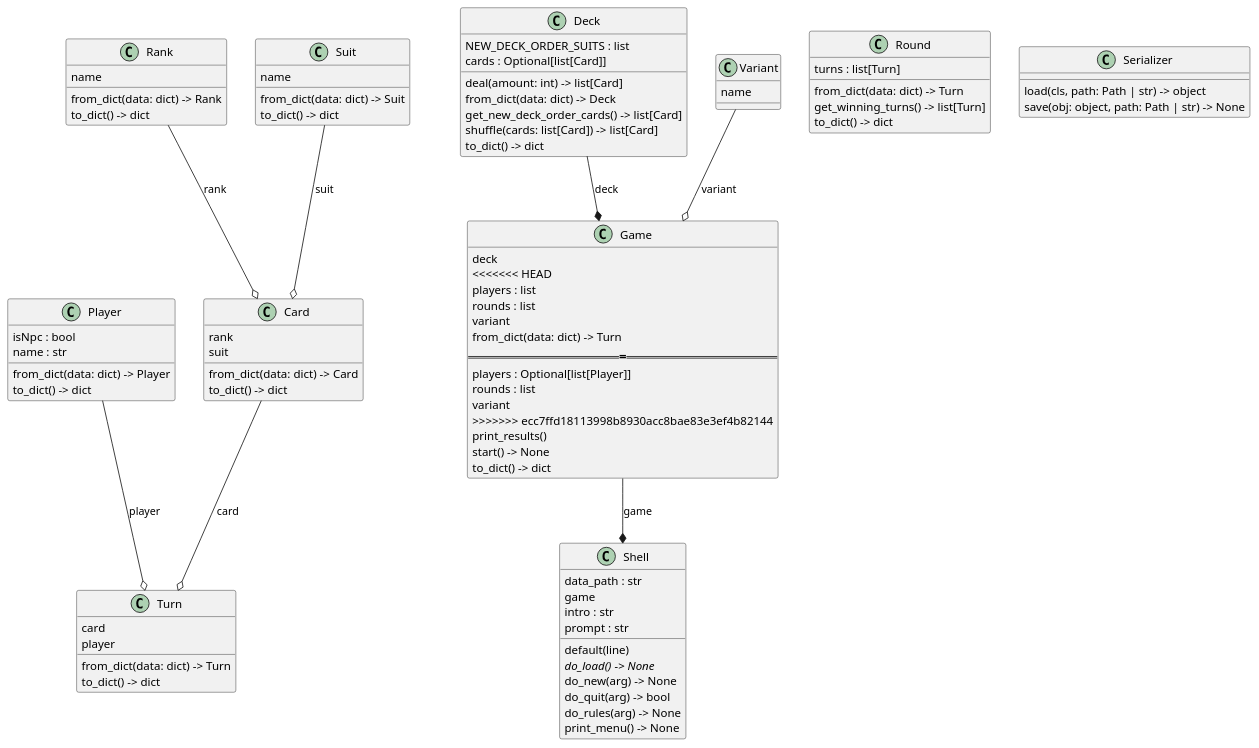
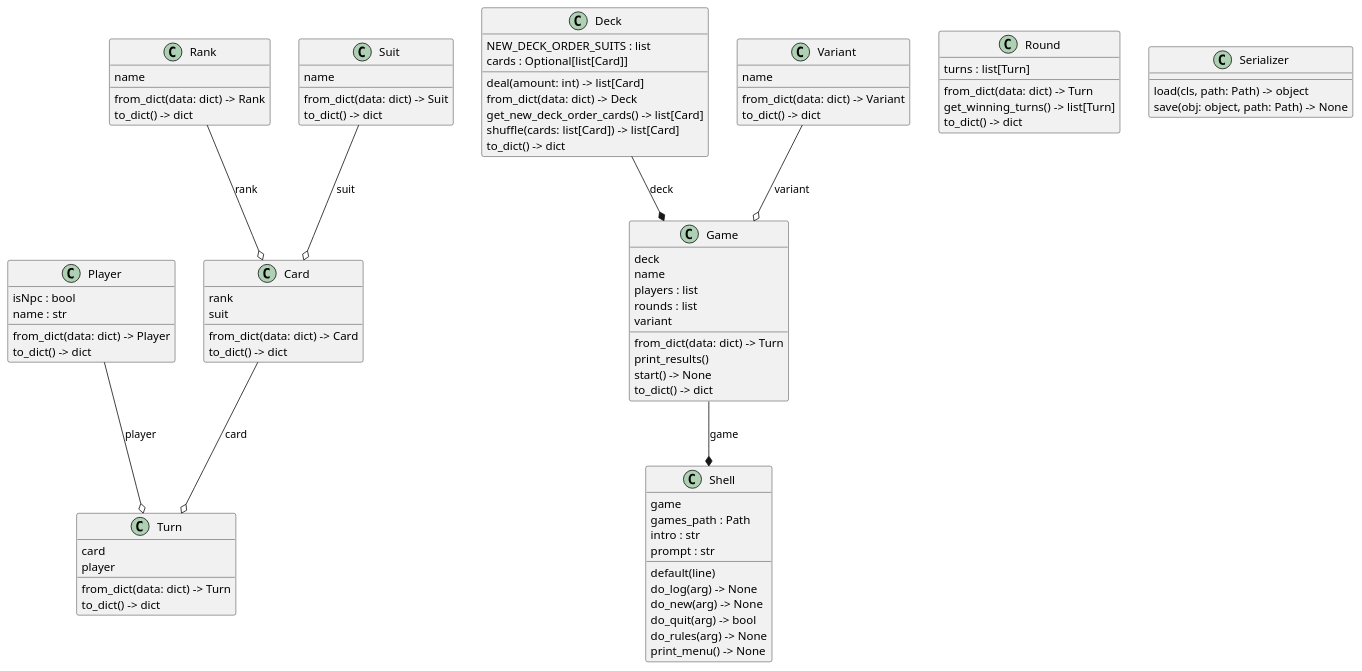
The diagram in docs/uml/plantuml/classes_war.plantuml (b3h3m0th/war), drawn with PlantUML before and after one commit. The commit also changed 13 other files, not shown here.

```diff
--- a/docs/uml/plantuml/classes_war.plantuml
+++ b/docs/uml/plantuml/classes_war.plantuml
@@ -1,88 +1,85 @@
 @startuml classes_war
 set namespaceSeparator none
 class "Card" as models.card.Card {
   rank
   suit
   from_dict(data: dict) -> Card
   to_dict() -> dict
 }
 class "Deck" as models.deck.Deck {
   NEW_DECK_ORDER_SUITS : list
   cards : Optional[list[Card]]
   deal(amount: int) -> list[Card]
   from_dict(data: dict) -> Deck
   get_new_deck_order_cards() -> list[Card]
   shuffle(cards: list[Card]) -> list[Card]
   to_dict() -> dict
 }
 class "Game" as models.game.Game {
   deck
-<<<<<<< HEAD
+  name
   players : list
   rounds : list
   variant
   from_dict(data: dict) -> Turn
-=======
-  players : Optional[list[Player]]
-  rounds : list
-  variant
->>>>>>> ecc7ffd18113998b8930acc8bae83e3ef4b82144
   print_results()
   start() -> None
   to_dict() -> dict
 }
 class "Player" as models.player.Player {
   isNpc : bool
   name : str
   from_dict(data: dict) -> Player
   to_dict() -> dict
 }
 class "Rank" as enums.rank.Rank {
   name
   from_dict(data: dict) -> Rank
   to_dict() -> dict
 }
 class "Round" as models.round.Round {
   turns : list[Turn]
   from_dict(data: dict) -> Turn
   get_winning_turns() -> list[Turn]
   to_dict() -> dict
 }
 class "Serializer" as utils.serializer.Serializer {
-  load(cls, path: Path | str) -> object
-  save(obj: object, path: Path | str) -> None
+  load(cls, path: Path) -> object
+  save(obj: object, path: Path) -> None
 }
 class "Shell" as models.shell.Shell {
-  data_path : str
   game
+  games_path : Path
   intro : str
   prompt : str
   default(line)
-  {abstract}do_load() -> None
+  do_log(arg) -> None
   do_new(arg) -> None
   do_quit(arg) -> bool
   do_rules(arg) -> None
   print_menu() -> None
 }
 class "Suit" as enums.suit.Suit {
   name
   from_dict(data: dict) -> Suit
   to_dict() -> dict
 }
 class "Turn" as models.turn.Turn {
   card
   player
   from_dict(data: dict) -> Turn
   to_dict() -> dict
 }
 class "Variant" as enums.variant.Variant {
   name
+  from_dict(data: dict) -> Variant
+  to_dict() -> dict
 }
 models.deck.Deck --* models.game.Game : deck
 models.game.Game --* models.shell.Shell : game
 enums.rank.Rank --o models.card.Card : rank
 enums.suit.Suit --o models.card.Card : suit
 enums.variant.Variant --o models.game.Game : variant
 models.card.Card --o models.turn.Turn : card
 models.player.Player --o models.turn.Turn : player
 @enduml
```
